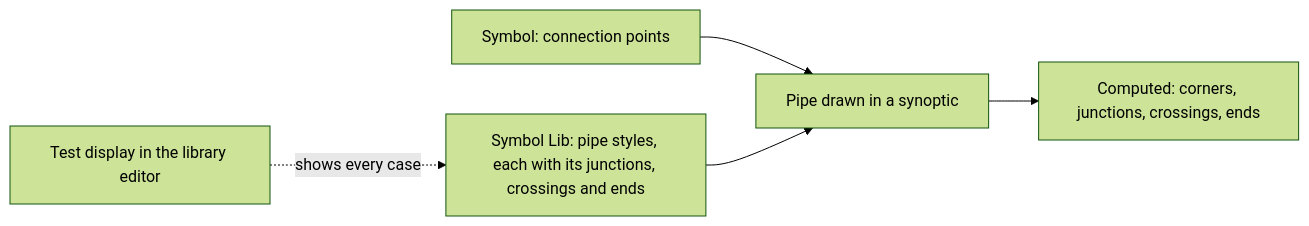
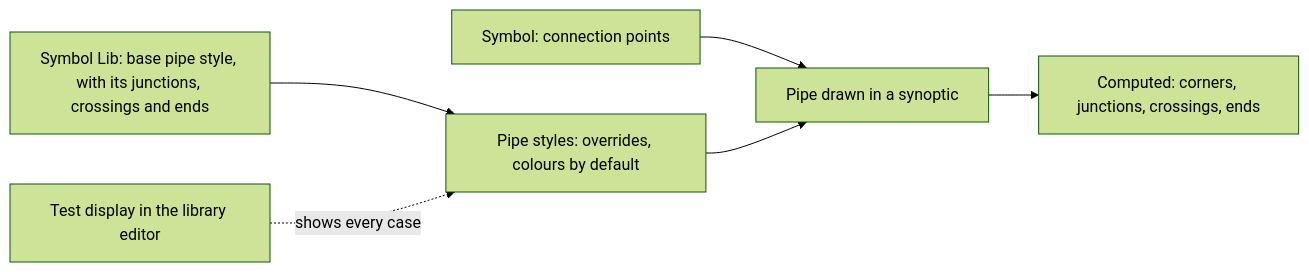
One commit to AlexandreGallais/synoptic-studio-spec changed the first of 2 diagrams in symbols/pipes/README.md. Above: the diagram before and after it, drawn with Mermaid (forest theme). The commit also changed other lines of this file and 8 other files, not shown here.

First line of the commit message:
docs(symbols): add a base pipe style and dash sequences

````diff
--- a/symbols/pipes/README.md
+++ b/symbols/pipes/README.md
@@ -26,7 +28,8 @@
 ```mermaid
 flowchart LR
     SY["Symbol: connection points"] --> P["Pipe drawn in a synoptic"]
-    L["Symbol Lib: pipe styles, each with its junctions, crossings and ends"] --> P
+    B["Symbol Lib: base pipe style, with its junctions, crossings and ends"] --> L["Pipe styles: overrides, colours by default"]
+    L --> P
     P --> C["Computed: corners, junctions, crossings, ends"]
     T["Test display in the library editor"] -.->|"shows every case"| L
 ```
````
